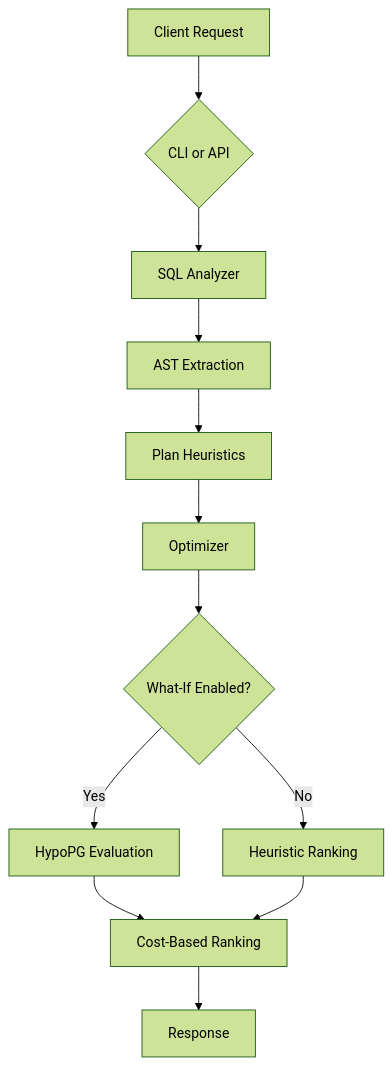
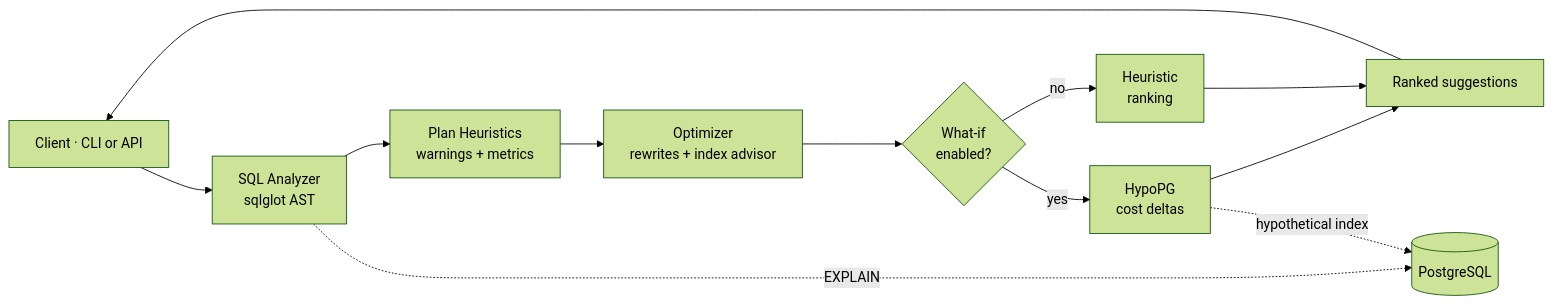
One commit to Manith-s/SQLQueryExplanationOptimizationEngine changed the diagram in README.md. Above: the diagram before and after it, drawn with Mermaid (forest theme). The commit also changed other lines of this file and 23 other files, not shown here.

````diff
--- a/README.md
+++ b/README.md
@@ -18,14 +72,14 @@
 ```mermaid
-graph TB
-    A[Client Request] --> B{CLI or API}
-    B --> C[SQL Analyzer]
-    C --> D[AST Extraction]
-    D --> E[Plan Heuristics]
-    E --> F[Optimizer]
-    F --> G{What-If Enabled?}
-    G -->|Yes| H[HypoPG Evaluation]
-    G -->|No| I[Heuristic Ranking]
-    H --> J[Cost-Based Ranking]
-    I --> J
-    J --> K[Response]
+flowchart LR
+    U[Client · CLI or API] --> P[SQL Analyzer<br/>sqlglot AST]
+    P --> H[Plan Heuristics<br/>warnings + metrics]
+    H --> O[Optimizer<br/>rewrites + index advisor]
+    O --> W{What-if<br/>enabled?}
+    W -- yes --> HP[HypoPG<br/>cost deltas]
+    W -- no --> HR[Heuristic<br/>ranking]
+    HP --> R[Ranked suggestions]
+    HR --> R
+    P -. EXPLAIN .-> DB[(PostgreSQL)]
+    HP -. hypothetical index .-> DB
+    R --> U
 ```
````
